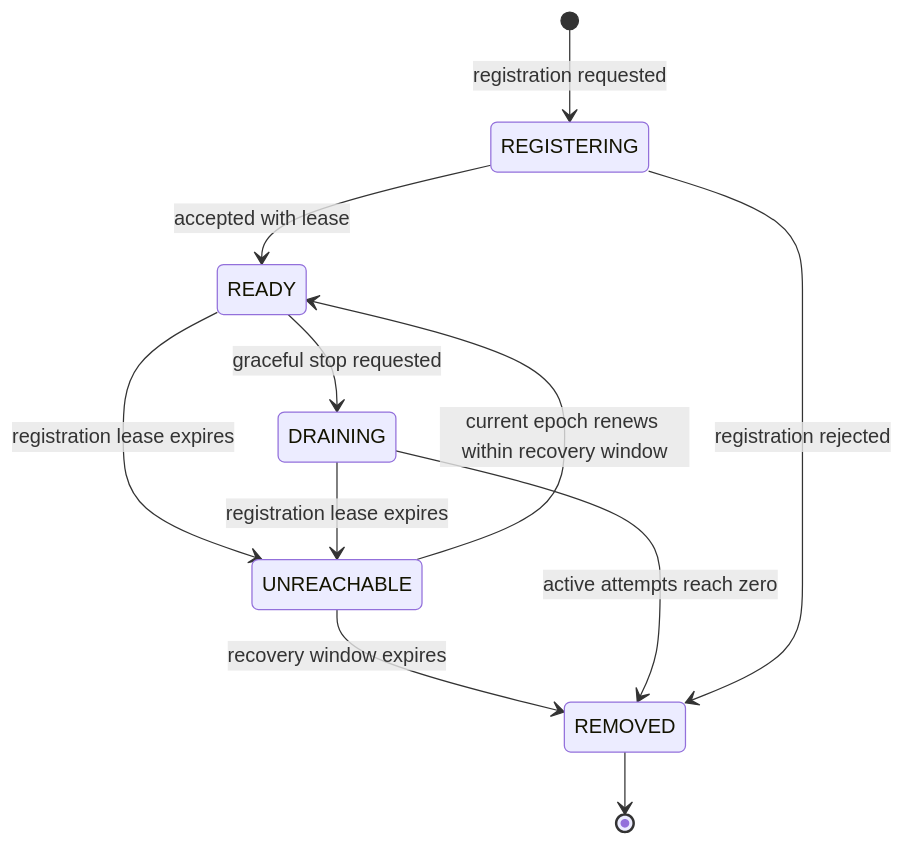
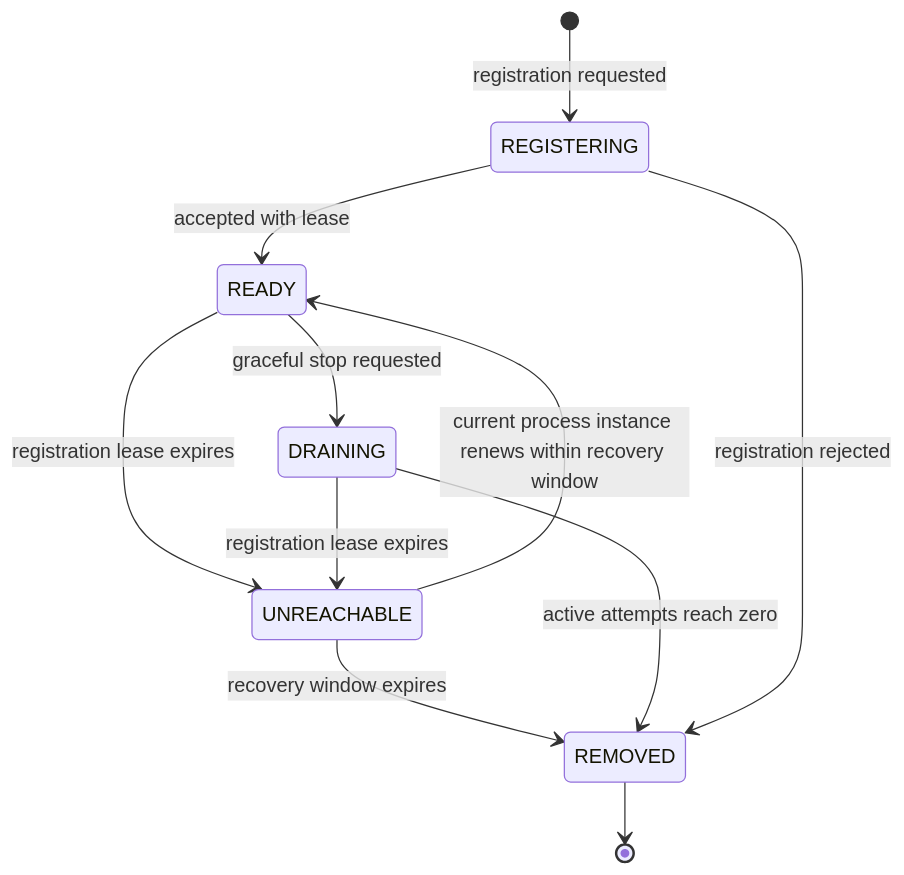
The third of 4 diagrams in docs/state-machines.md (ag-yash/conductor), drawn with Mermaid before and after one commit. The commit also changed other lines of this file and 14 other files, not shown here.

````diff
--- a/docs/state-machines.md
+++ b/docs/state-machines.md
@@ -70,13 +134,13 @@
 ```mermaid
 stateDiagram-v2
     [*] --> REGISTERING: registration requested
     REGISTERING --> READY: accepted with lease
     READY --> DRAINING: graceful stop requested
     READY --> UNREACHABLE: registration lease expires
     DRAINING --> UNREACHABLE: registration lease expires
-    UNREACHABLE --> READY: current epoch renews within recovery window
+    UNREACHABLE --> READY: current process instance renews within recovery window
     UNREACHABLE --> REMOVED: recovery window expires
     DRAINING --> REMOVED: active attempts reach zero
     REGISTERING --> REMOVED: registration rejected
     REMOVED --> [*]
 ```
````
